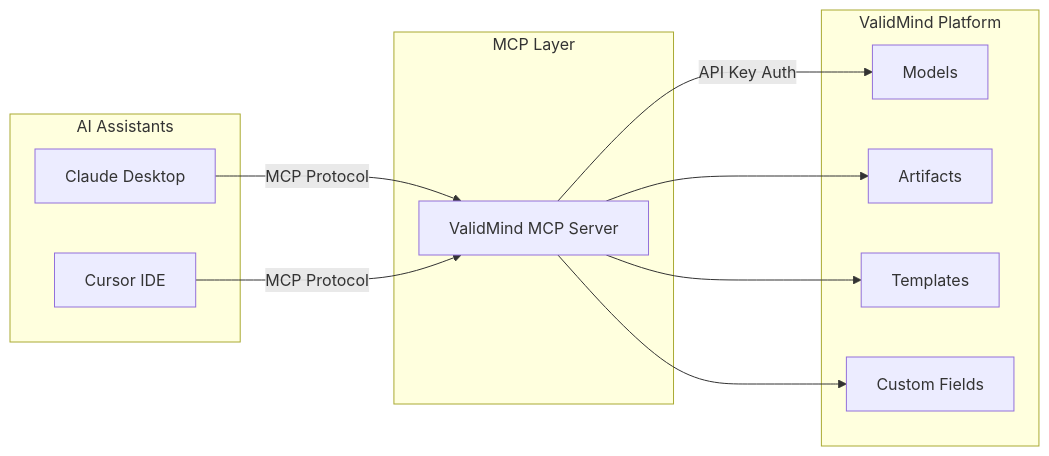
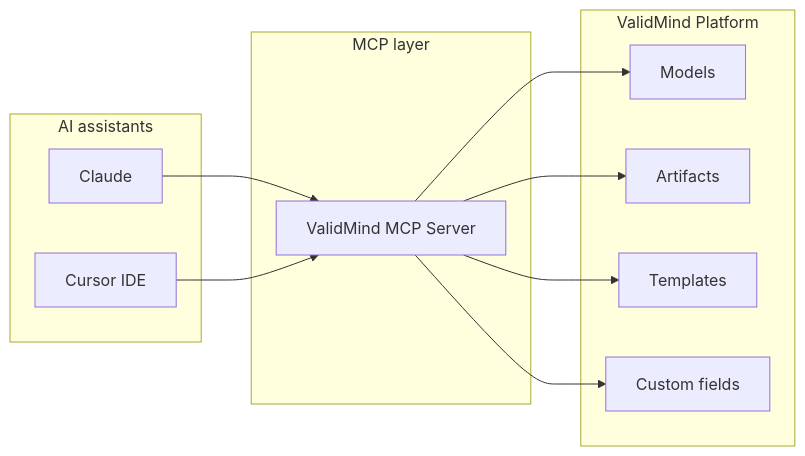
One commit to validmind/documentation changed the diagram in site/guide/mcp/connect-ai-assistants-via-mcp.qmd. Above: the diagram before and after it, drawn with Mermaid. The commit also changed other lines of this file and 1 other file, not shown here.

````diff
--- a/site/guide/mcp/connect-ai-assistants-via-mcp.qmd
+++ b/site/guide/mcp/connect-ai-assistants-via-mcp.qmd
@@ -33,25 +34,25 @@
 ```{mermaid}
 graph LR
-    subgraph ai [AI Assistants]
-        Claude[Claude Desktop]
+    subgraph ai [AI assistants]
+        Claude[Claude]
         Cursor[Cursor IDE]
     end
     
-    subgraph mcp [MCP Layer]
+    subgraph mcp [MCP layer]
         MCPServer[ValidMind MCP Server]
     end
     
     subgraph vm [ValidMind Platform]
         Models[Models]
         Artifacts[Artifacts]
         Templates[Templates]
-        CustomFields[Custom Fields]
+        CustomFields[Custom fields]
     end
     
-    Claude -->|MCP Protocol| MCPServer
-    Cursor -->|MCP Protocol| MCPServer
-    MCPServer -->|API Key Auth| Models
+    Claude --> MCPServer
+    Cursor --> MCPServer
+    MCPServer --> Models
     MCPServer --> Artifacts
     MCPServer --> Templates
     MCPServer --> CustomFields
 ```
````
